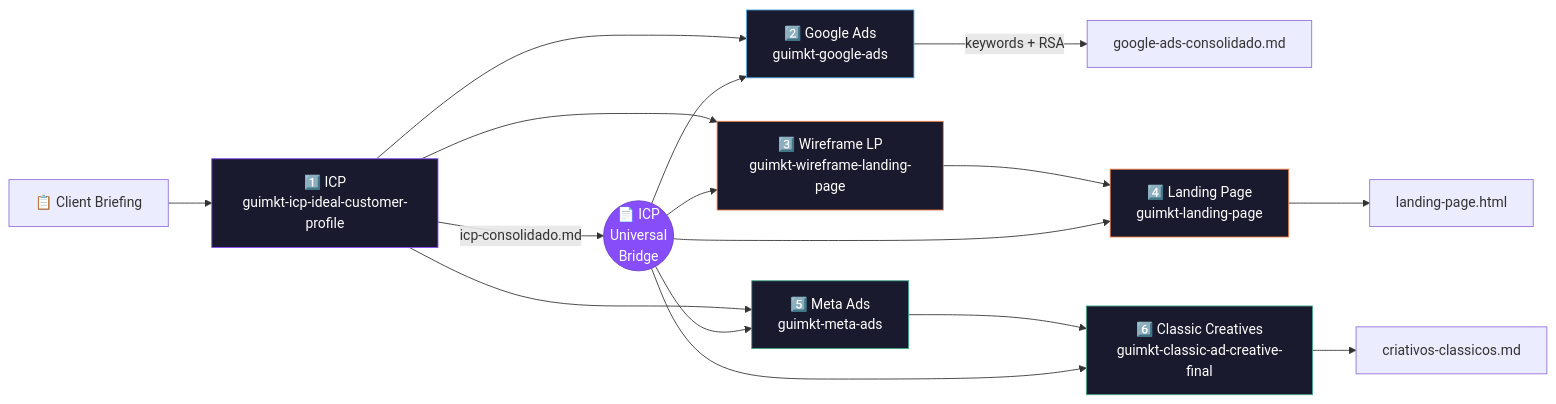
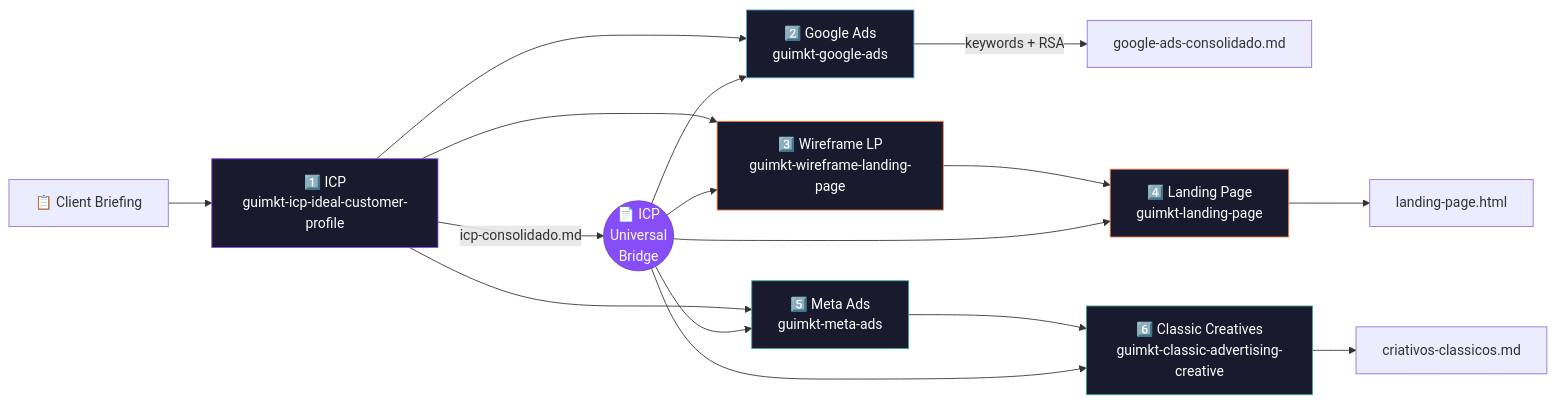
Before and after one commit to guilhermemarketing/esc-skills: the second of 4 diagrams in README.md, drawn with Mermaid. The commit also changed other lines of this file and 10 other files, not shown here.

````diff
--- a/README.md
+++ b/README.md
@@ -155,27 +155,27 @@
 ```mermaid
 flowchart LR
     B["📋 Client Briefing"] --> S1
 
     S1["1️⃣ ICP\nguimkt-icp-ideal-customer-profile"] --> S2
     S1 --> S3
     S1 --> S5
 
     S2["2️⃣ Google Ads\nguimkt-google-ads"] --> |keywords + RSA| OUT2["google-ads-consolidado.md"]
 
     S3["3️⃣ Wireframe LP\nguimkt-wireframe-landing-page"] --> S4
     S4["4️⃣ Landing Page\nguimkt-landing-page"] --> OUT4["landing-page.html"]
 
     S5["5️⃣ Meta Ads\nguimkt-meta-ads"] --> S6
-    S6["6️⃣ Classic Creatives\nguimkt-classic-ad-creative-final"] --> OUT6["criativos-classicos.md"]
+    S6["6️⃣ Classic Creatives\nguimkt-classic-advertising-creative"] --> OUT6["criativos-classicos.md"]
 
     S1 --> |icp-consolidado.md| BRIDGE(("📄 ICP\nUniversal\nBridge"))
     BRIDGE --> S2 & S3 & S4 & S5 & S6
 
     style BRIDGE fill:#864df9,stroke:#6b3cc9,color:#fff
     style S1 fill:#1a1a2e,stroke:#864df9,color:#fff
     style S2 fill:#1a1a2e,stroke:#4ea8de,color:#fff
     style S3 fill:#1a1a2e,stroke:#f9844a,color:#fff
     style S4 fill:#1a1a2e,stroke:#f9844a,color:#fff
     style S5 fill:#1a1a2e,stroke:#43aa8b,color:#fff
     style S6 fill:#1a1a2e,stroke:#43aa8b,color:#fff
 ```
````
